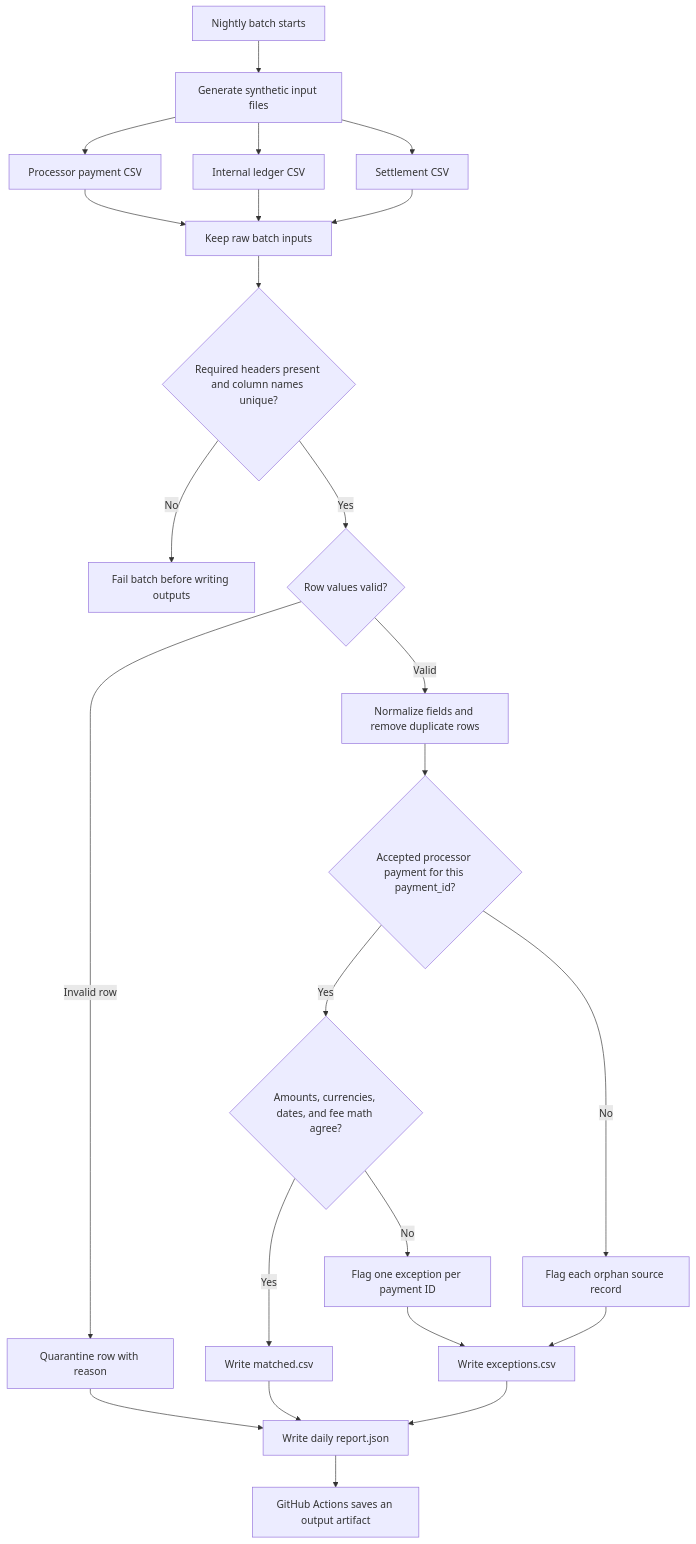
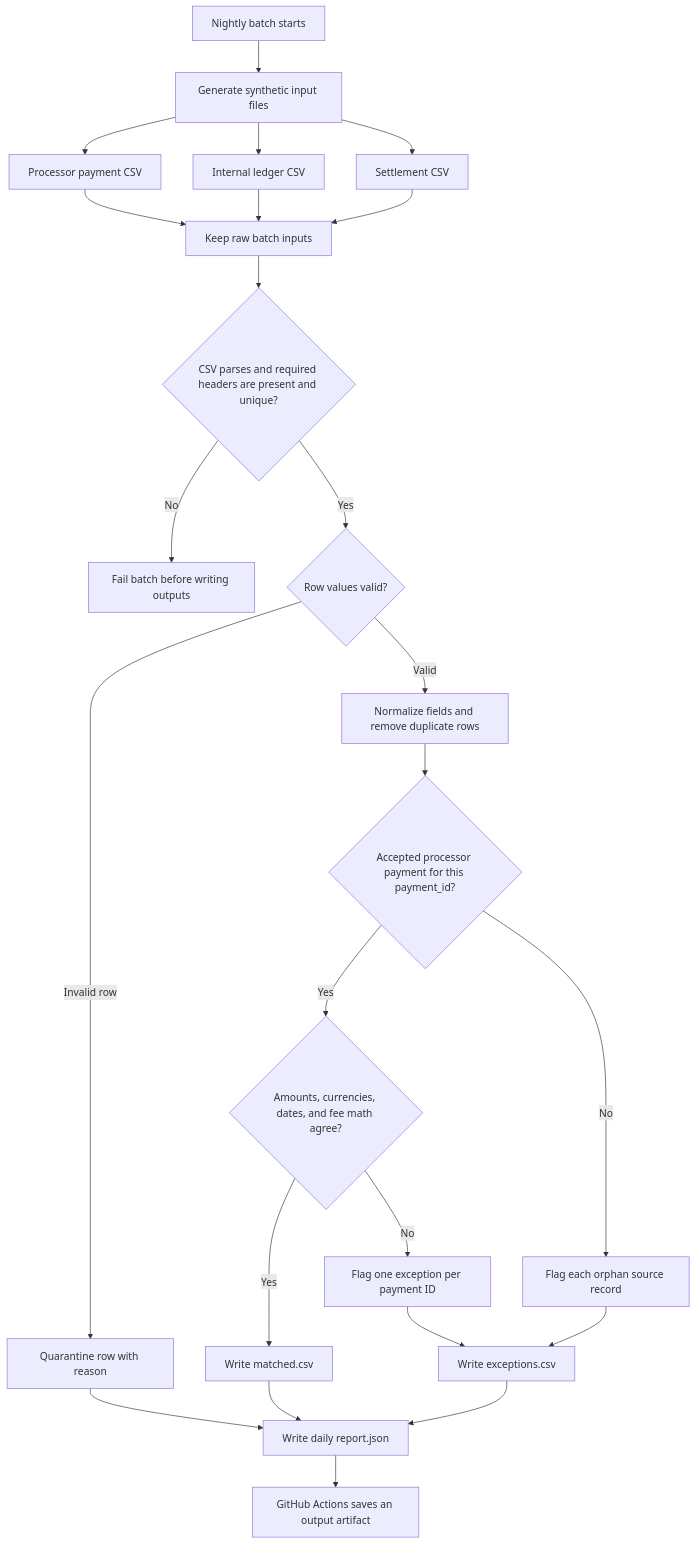
The diagram in README.md (RalphAI-suiii/payment-reconciliation-pipeline), drawn with Mermaid before and after one commit. The commit also changed other lines of this file and 1 other file, not shown here.

First line of the commit message:
Reject malformed source CSV before reconciliation (#7)

````diff
--- a/README.md
+++ b/README.md
@@ -9,29 +9,29 @@
 ```mermaid
 flowchart TD
     A["Nightly batch starts"] --> B["Generate synthetic input files"]
     B --> C["Processor payment CSV"]
     B --> D["Internal ledger CSV"]
     B --> E["Settlement CSV"]
 
     C --> F["Keep raw batch inputs"]
     D --> F
     E --> F
 
-    F --> V{"Required headers present and column names unique?"}
+    F --> V{"CSV parses and required headers are present and unique?"}
     V -- "No" --> T["Fail batch before writing outputs"]
     V -- "Yes" --> G{"Row values valid?"}
     G -- "Invalid row" --> Q["Quarantine row with reason"]
     G -- "Valid" --> H["Normalize fields and remove duplicate rows"]
     H --> I{"Accepted processor payment for this payment_id?"}
     I -- "Yes" --> J{"Amounts, currencies, dates, and fee math agree?"}
     I -- "No" --> O["Flag each orphan source record"]
     J -- "Yes" --> K["Write matched.csv"]
     J -- "No" --> P["Flag one exception per payment ID"]
     O --> X["Write exceptions.csv"]
     P --> X
 
     K --> R["Write daily report.json"]
     X --> R
     Q --> R
     R --> S["GitHub Actions saves an output artifact"]
 ```
````
